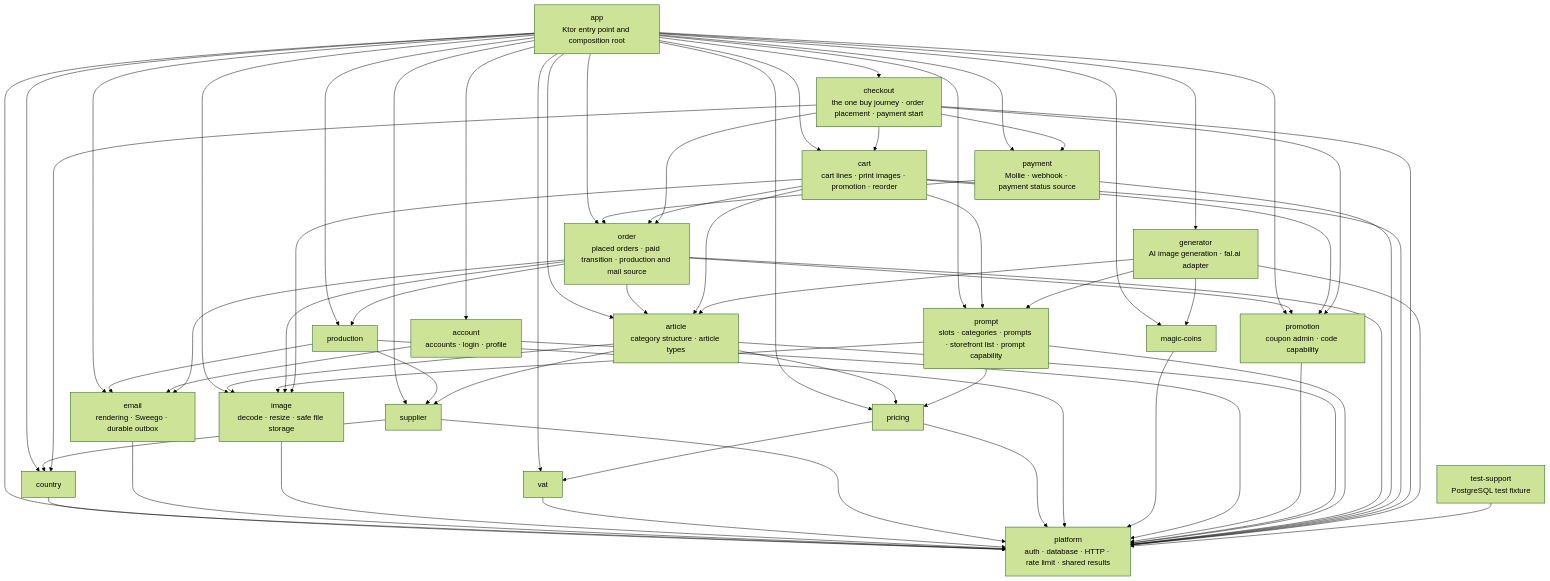
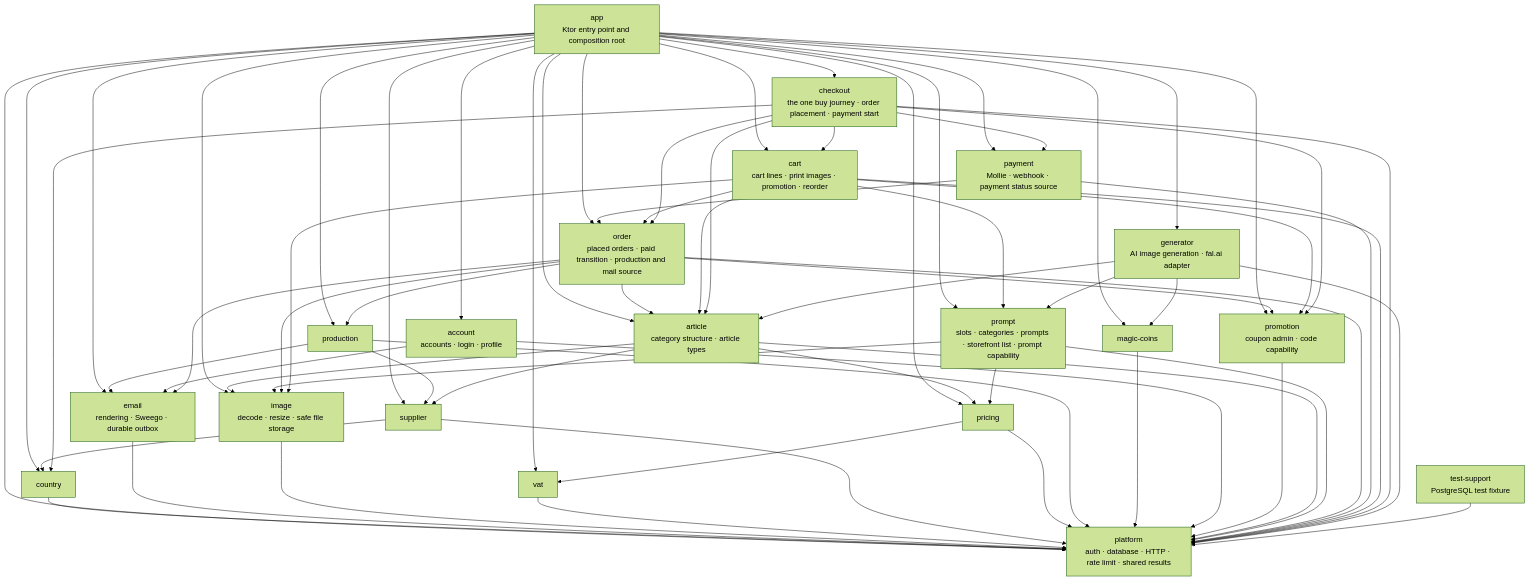
The diagram in docs/dev/backend/module-architecture.md (bitstorm-tech/voenix-shop-kotlin), drawn with Mermaid (forest theme) before and after one commit. The commit also changed other lines of this file and 12 other files, not shown here.

```diff
--- a/docs/dev/backend/module-architecture.md
+++ b/docs/dev/backend/module-architecture.md
@@ -114,6 +114,7 @@
     Checkout --> Order
     Checkout --> Payment
     Checkout --> Country
+    Checkout --> Article
     Generator --> Platform
     Generator --> Article
     Generator --> Prompt
```
